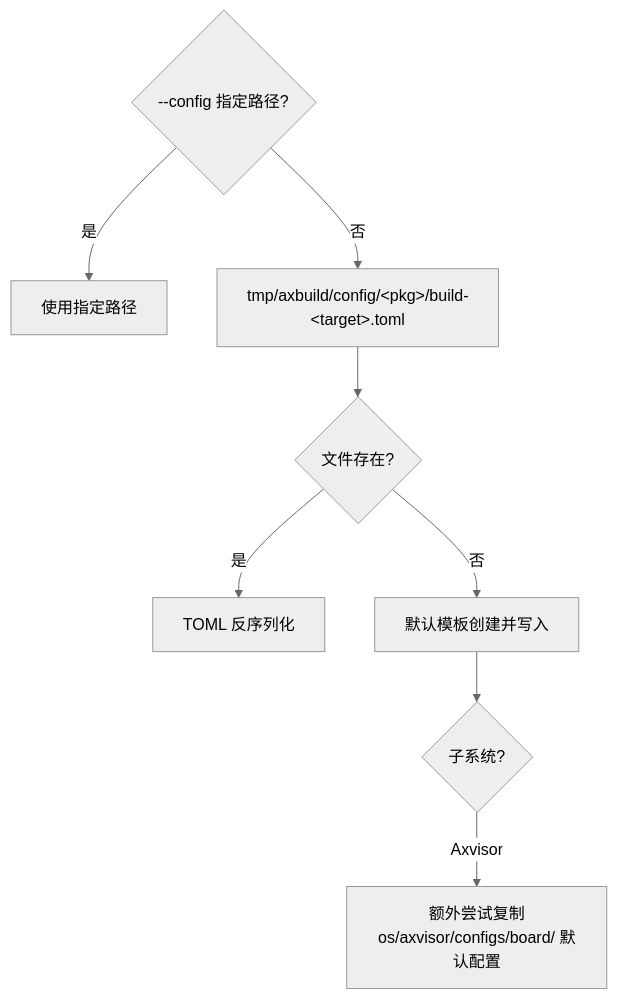
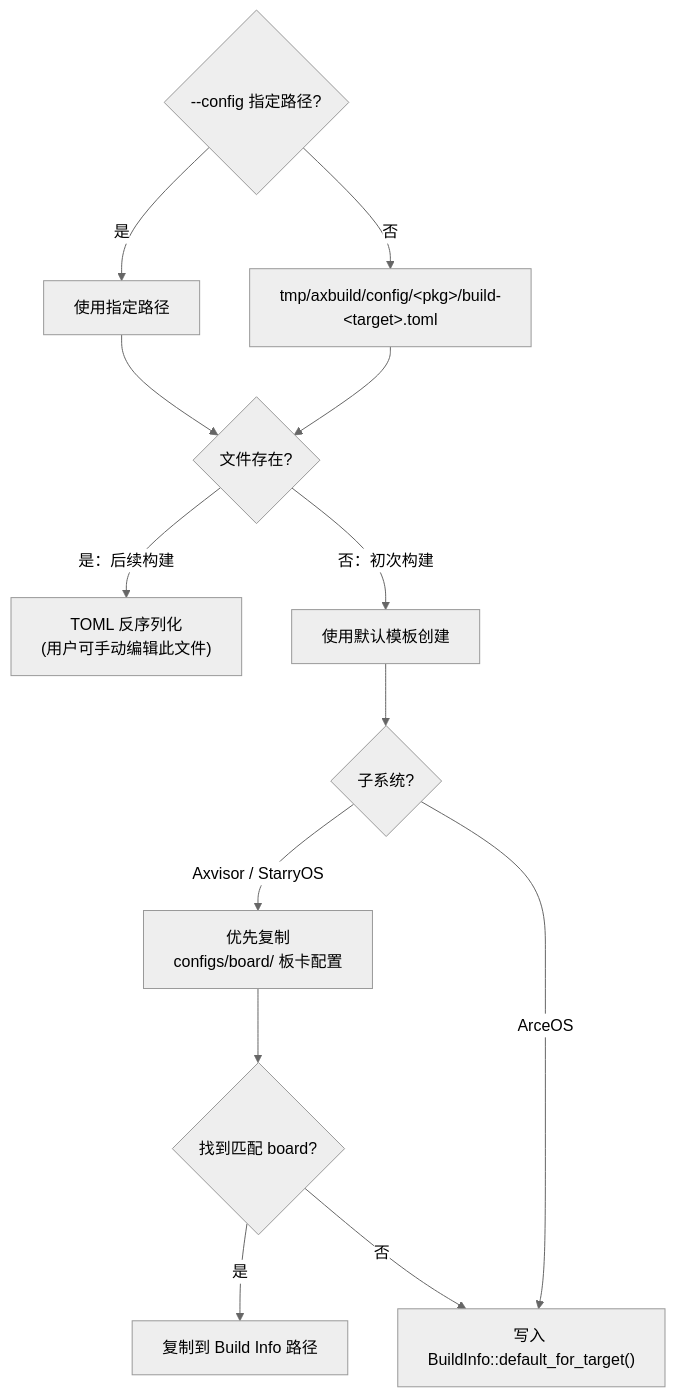
Before and after one commit to rcore-os/tgoskits: the third of 6 diagrams in docs/docs/build/build.md, drawn with Mermaid (neutral theme). The commit also changed other lines of this file and 1 other file, not shown here.

Commit message:
Enhance build documentation to clarify initial and subsequent build processes, including Snapshot handling and parameter merging details.

````diff
--- a/docs/docs/build/build.md
+++ b/docs/docs/build/build.md
@@ -83,10 +101,15 @@
 ```mermaid
 flowchart TD
     A{--config 指定路径?} -->|是| B[使用指定路径]
     A -->|否| C["tmp/axbuild/config/&lt;pkg&gt;/build-&lt;target&gt;.toml"]
-    C --> D{文件存在?}
-    D -->|是| E[TOML 反序列化]
-    D -->|否| F[默认模板创建并写入]
+    B --> D{文件存在?}
+    C --> D
+    D -->|是：后续构建| E["TOML 反序列化<br/>(用户可手动编辑此文件)"]
+    D -->|否：初次构建| F["使用默认模板创建"]
     F --> G{子系统?}
-    G -->|Axvisor| H["额外尝试复制<br/>os/axvisor/configs/board/ 默认配置"]
+    G -->|Axvisor / StarryOS| H["优先复制<br/>configs/board/ 板卡配置"]
+    G -->|ArceOS| I["写入 BuildInfo::default_for_target()"]
+    H --> J{找到匹配 board?}
+    J -->|是| K["复制到 Build Info 路径"]
+    J -->|否| I
 ```
````
